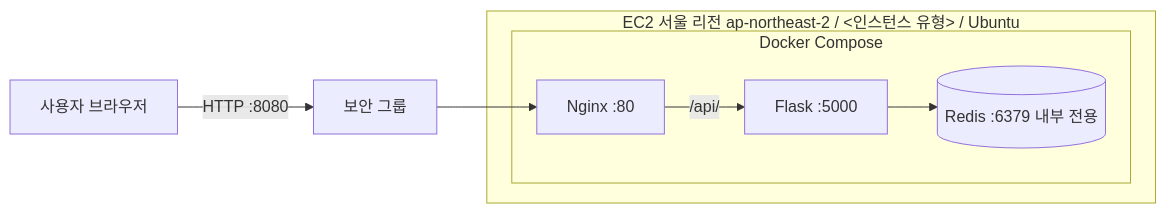
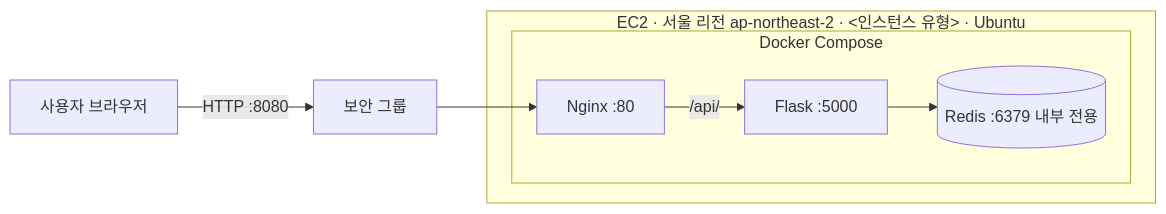
The diagram in README.md (Aa26178787/ticket_booking), drawn with Mermaid before and after one commit. The commit also changed other lines of this file, not shown here.

````diff
--- a/README.md
+++ b/README.md
@@ -26,11 +42,11 @@
 ```mermaid
 flowchart LR
   U[사용자 브라우저] -->|HTTP :8080| SG[보안 그룹]
-  subgraph EC2[EC2 서울 리전 ap-northeast-2 / <인스턴스 유형> / Ubuntu]
+  subgraph EC2[EC2 · 서울 리전 ap-northeast-2 · <인스턴스 유형> · Ubuntu]
     subgraph Compose[Docker Compose]
       N[Nginx :80] -->|/api/| A[Flask :5000]
       A --> R[(Redis :6379 내부 전용)]
     end
   end
   SG --> N
 ```
````
